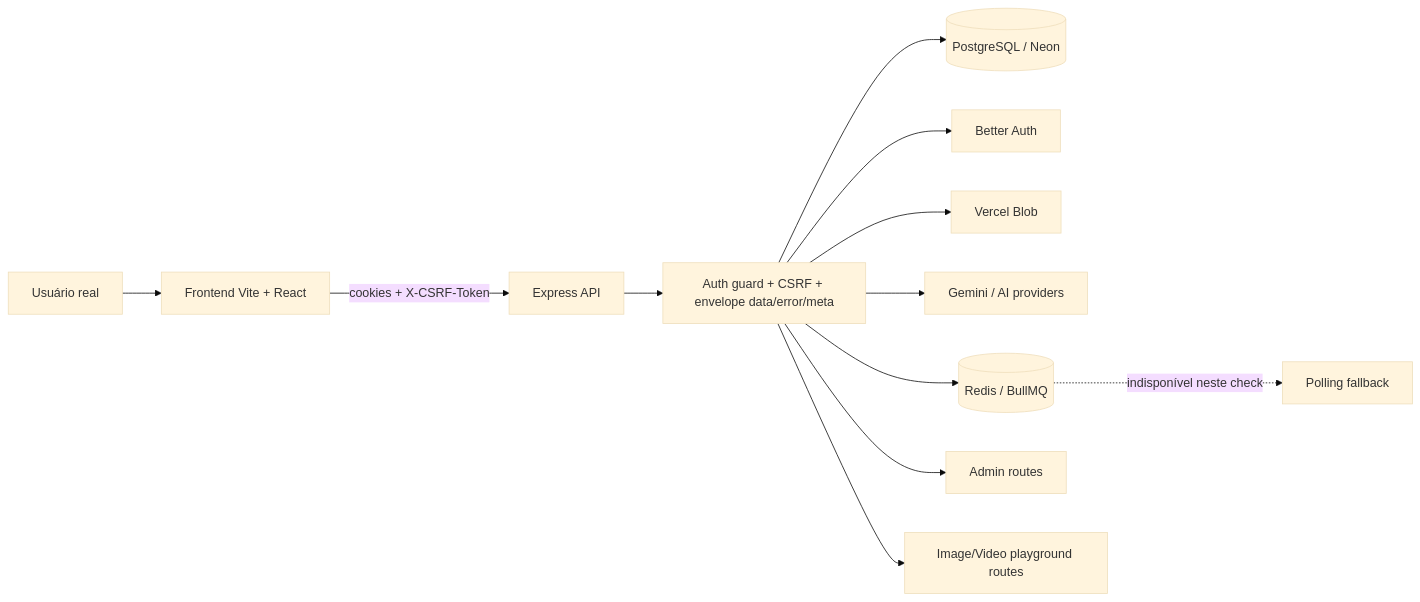
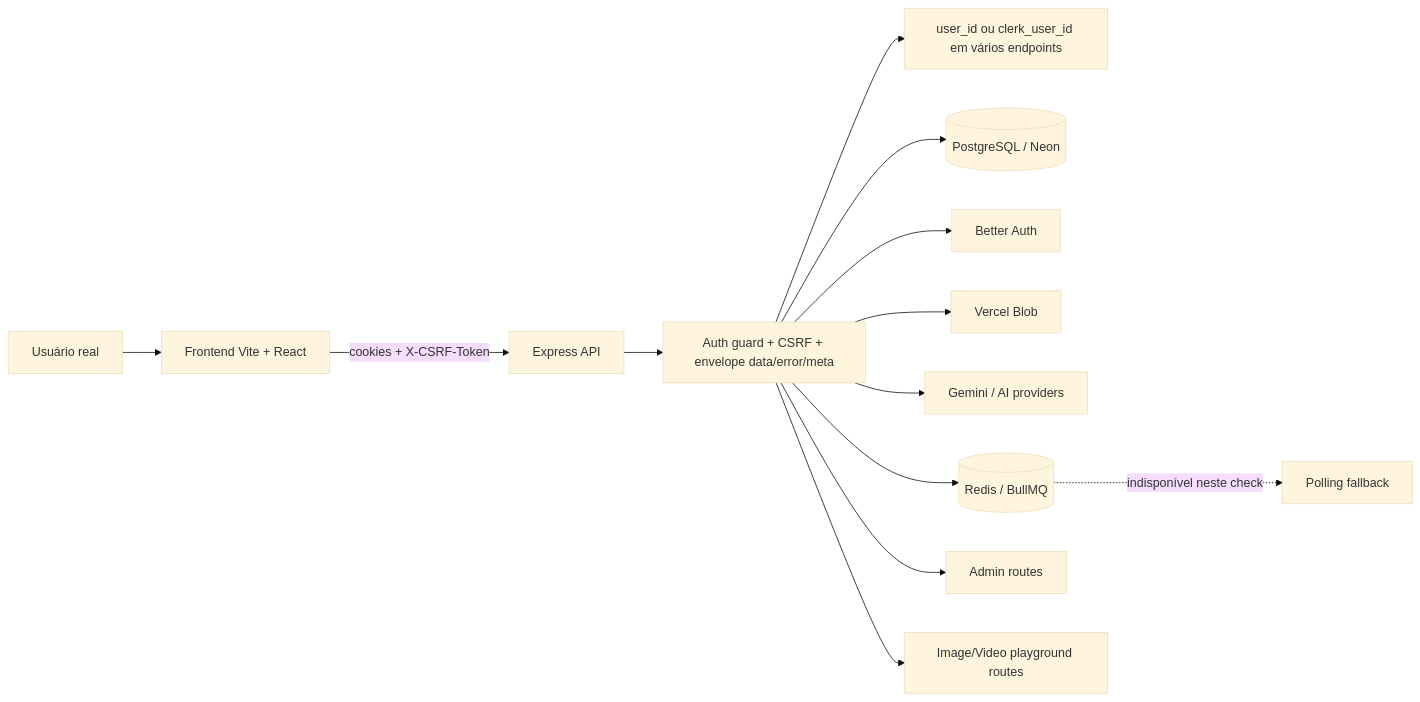
The third of 3 diagrams in .planning/FUNCTIONAL-BASELINE.md (guilhermexp/PokerMarketing-Agency), drawn with Mermaid (base theme) before and after one commit. The commit also changed other lines of this file, not shown here.

````diff
--- a/.planning/FUNCTIONAL-BASELINE.md
+++ b/.planning/FUNCTIONAL-BASELINE.md
@@ -539,14 +540,15 @@
 ```mermaid
 flowchart LR
   U[Usuário real] --> FE[Frontend Vite + React]
   FE -->|cookies + X-CSRF-Token| BE[Express API]
   BE --> MW[Auth guard + CSRF + envelope data/error/meta]
+  MW --> PARAMS[user_id ou clerk_user_id em vários endpoints]
   MW --> DB[(PostgreSQL / Neon)]
   MW --> AUTH[Better Auth]
   MW --> BLOB[Vercel Blob]
   MW --> AI[Gemini / AI providers]
   MW --> REDIS[(Redis / BullMQ)]
   REDIS -. indisponível neste check .-> FALLBACK[Polling fallback]
   MW --> ADMIN[Admin routes]
   MW --> PLAYGROUND[Image/Video playground routes]
 ```
````
